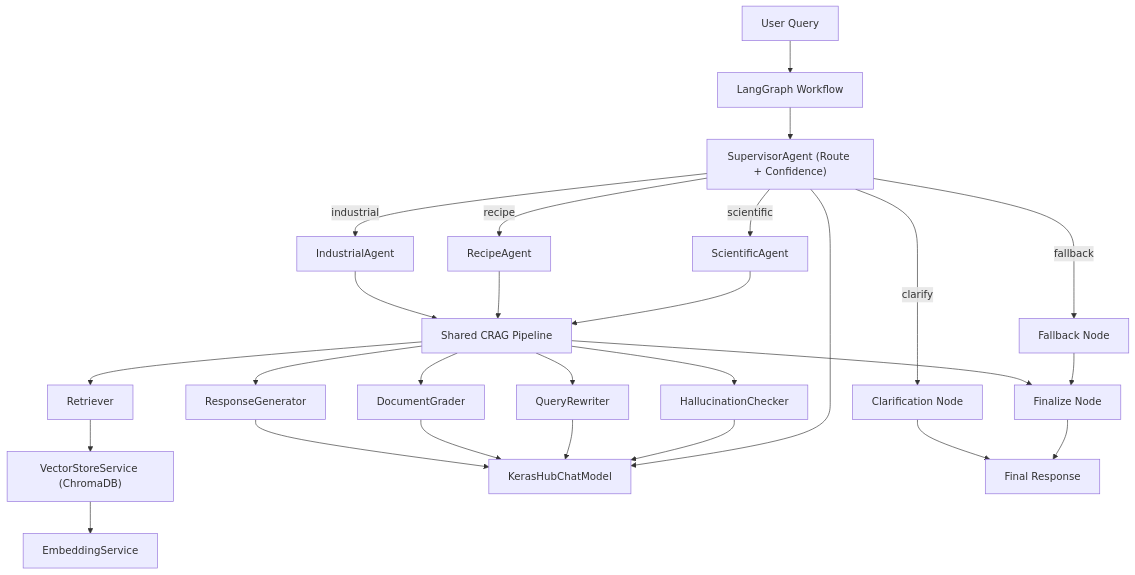
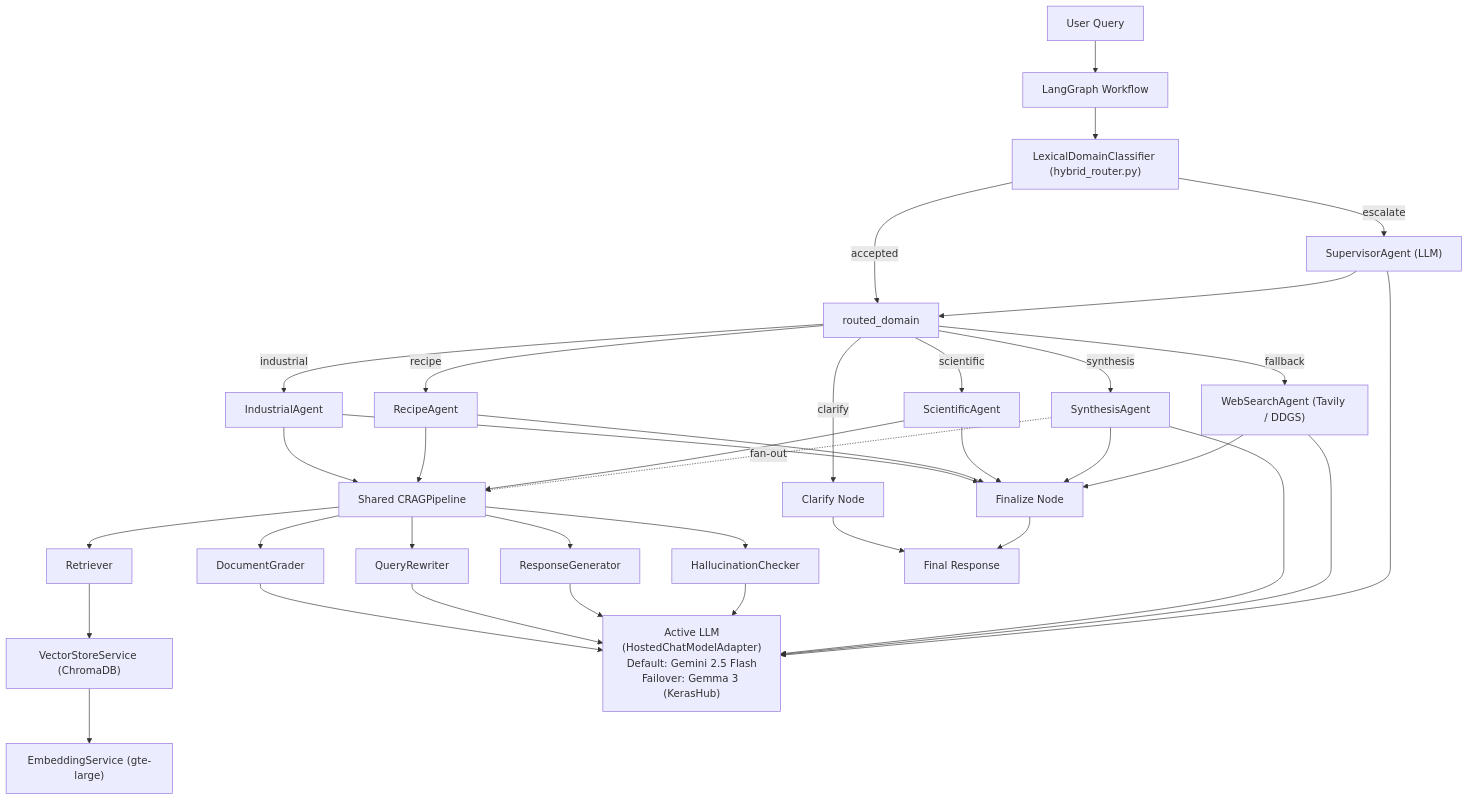
One commit to roshcs/AI574 changed the diagram in ARCHITECTURE.md. Above: the diagram before and after it, drawn with Mermaid. The commit also changed other lines of this file, not shown here.

First line of the commit message:
docs(architecture): refresh write-up to reflect current workflow

````diff
--- a/ARCHITECTURE.md
+++ b/ARCHITECTURE.md
@@ -38,33 +35,46 @@
 ```mermaid
 flowchart TD
     U["User Query"] --> WG["LangGraph Workflow"]
-    WG --> S["SupervisorAgent (Route + Confidence)"]
-    S -->|industrial| AI["IndustrialAgent"]
-    S -->|recipe| AR["RecipeAgent"]
-    S -->|scientific| AS["ScientificAgent"]
-    S -->|clarify| C["Clarification Node"]
-    S -->|fallback| F["Fallback Node"]
+    WG --> HR["LexicalDomainClassifier (hybrid_router.py)"]
+    HR -->|accepted| ROUTE["routed_domain"]
+    HR -->|escalate| S["SupervisorAgent (LLM)"]
+    S --> ROUTE
 
-    AI --> CR["Shared CRAG Pipeline"]
+    ROUTE -->|industrial| AI["IndustrialAgent"]
+    ROUTE -->|recipe| AR["RecipeAgent"]
+    ROUTE -->|scientific| AS["ScientificAgent"]
+    ROUTE -->|synthesis| SYN["SynthesisAgent"]
+    ROUTE -->|clarify| C["Clarify Node"]
+    ROUTE -->|fallback| WS["WebSearchAgent (Tavily / DDGS)"]
+
+    AI --> CR["Shared CRAGPipeline"]
     AR --> CR
     AS --> CR
+    SYN -.fan-out.-> CR
 
     CR --> R["Retriever"]
     R --> VS["VectorStoreService (ChromaDB)"]
     CR --> G["DocumentGrader"]
     CR --> Q["QueryRewriter"]
     CR --> RG["ResponseGenerator"]
     CR --> HC["HallucinationChecker"]
 
-    VS --> E["EmbeddingService"]
-    RG --> LLM["KerasHubChatModel"]
+    VS --> E["EmbeddingService (gte-large)"]
     G --> LLM
     Q --> LLM
+    RG --> LLM
     HC --> LLM
+    SYN --> LLM
+    WS --> LLM
     S --> LLM
 
-    CR --> FIN["Finalize Node"]
+    LLM["Active LLM<br/>(HostedChatModelAdapter)<br/>Default: Gemini 2.5 Flash<br/>Failover: Gemma 3 (KerasHub)"]
+
+    AI --> FIN["Finalize Node"]
+    AR --> FIN
+    AS --> FIN
+    SYN --> FIN
+    WS --> FIN
     C --> END["Final Response"]
-    F --> FIN
     FIN --> END
 ```
````
